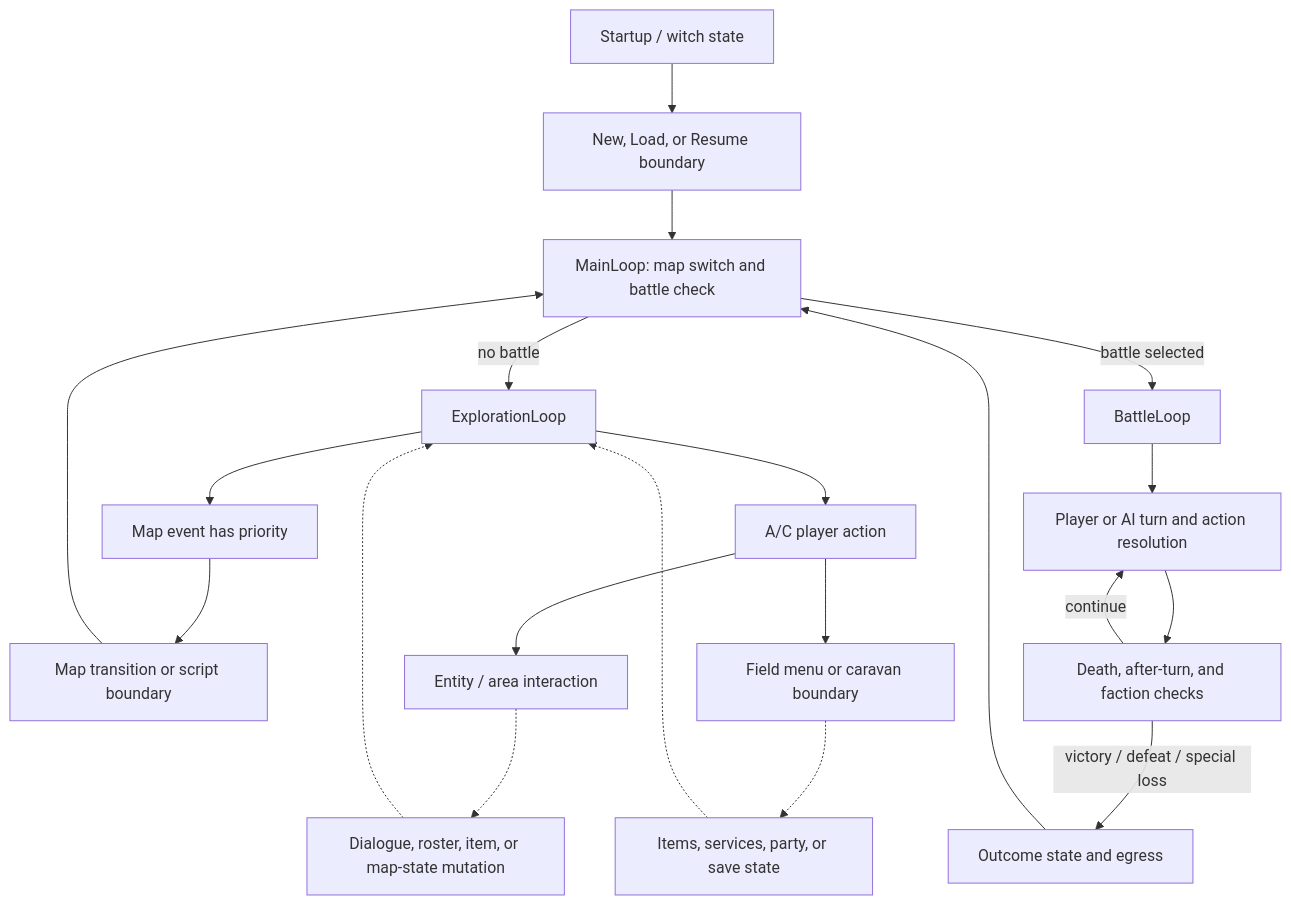
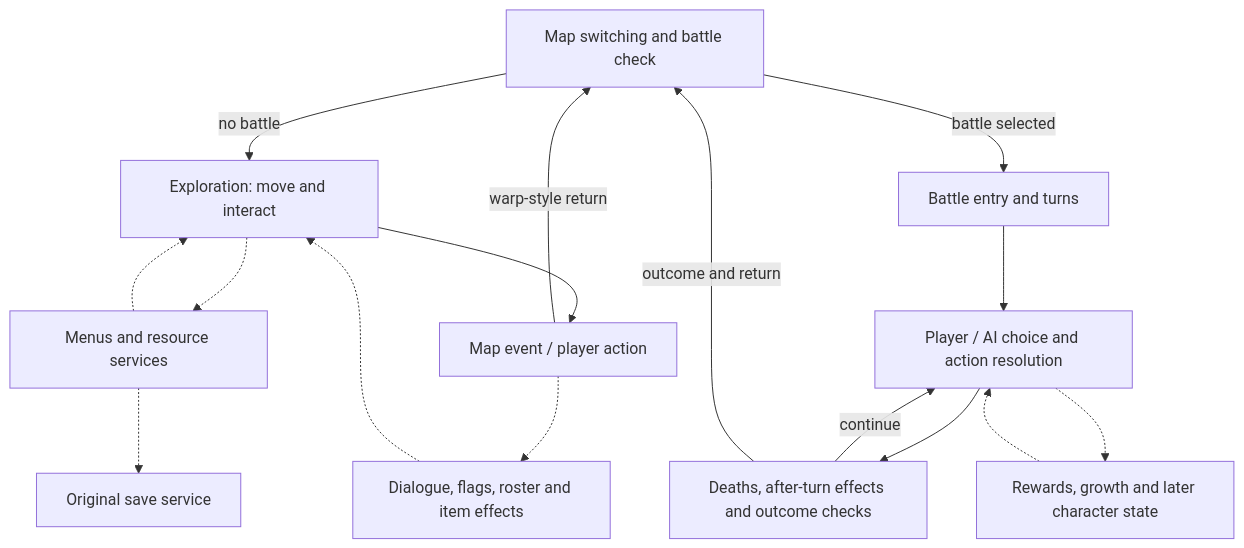
Before and after one commit to FrankHZ/md-sf2-reverse-engineering: the diagram in docs/design/synthesis/gameplay-overview.md, drawn with Mermaid. The commit also changed other lines of this file and 1 other file, not shown here.

````diff
--- a/docs/design/synthesis/gameplay-overview.md
+++ b/docs/design/synthesis/gameplay-overview.md
@@ -70,22 +222,18 @@
 ```mermaid
 flowchart TD
-    A["Startup / witch state"] --> B["New, Load, or Resume boundary"]
-    B --> C["MainLoop: map switch and battle check"]
-    C -->|"no battle"| D["ExplorationLoop"]
-    C -->|"battle selected"| E["BattleLoop"]
-    D --> F["Map event has priority"]
-    D --> G["A/C player action"]
-    F --> H["Map transition or script boundary"]
-    G --> I["Entity / area interaction"]
-    G --> J["Field menu or caravan boundary"]
-    I -.-> K["Dialogue, roster, item, or map-state mutation"]
-    J -.-> L["Items, services, party, or save state"]
-    H --> C
-    K -.-> D
-    L -.-> D
-    E --> M["Player or AI turn and action resolution"]
-    M --> N["Death, after-turn, and faction checks"]
-    N -->|"continue"| M
-    N -->|"victory / defeat / special loss"| O["Outcome state and egress"]
-    O --> C
+    Route["Map switching and battle check"] -->|"no battle"| Explore["Exploration: move and interact"]
+    Route -->|"battle selected"| Battle["Battle entry and turns"]
+    Explore --> Event["Map event / player action"]
+    Event -->|"warp-style return"| Route
+    Event -.-> Local["Dialogue, flags, roster and item effects"]
+    Local -.-> Explore
+    Explore -.-> Services["Menus and resource services"]
+    Services -.-> Explore
+    Battle --> Action["Player / AI choice and action resolution"]
+    Action --> Checks["Deaths, after-turn effects and outcome checks"]
+    Checks -->|"continue"| Action
+    Checks -->|"outcome and return"| Route
+    Action -.-> Growth["Rewards, growth and later character state"]
+    Growth -.-> Action
+    Services -.-> Save["Original save service"]
 ```
````
